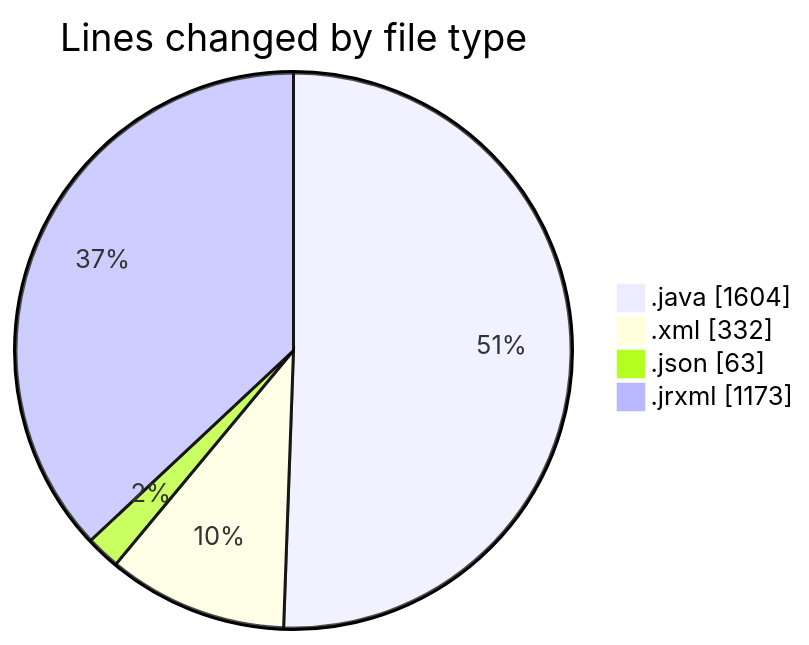
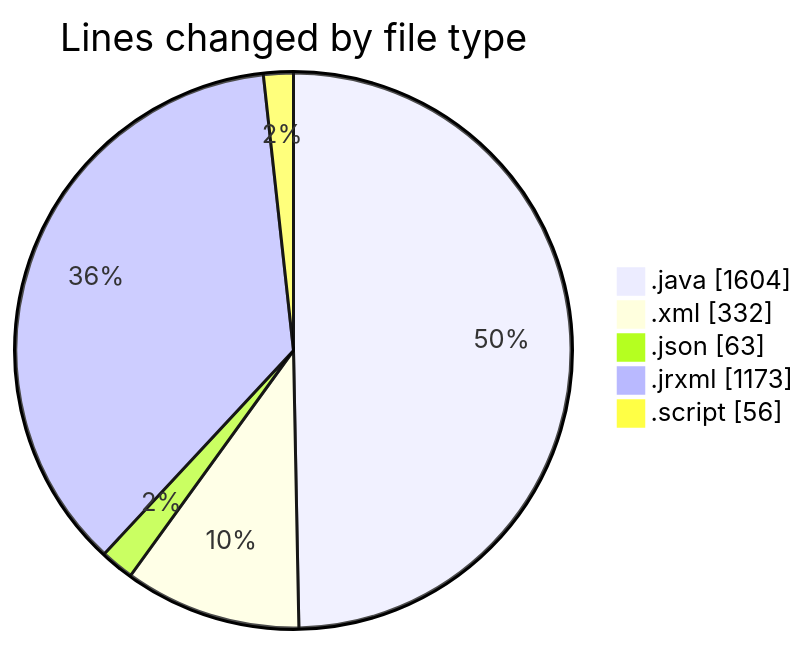
One commit to ricardozamudiocil/code-tracking changed the first of 2 diagrams in 2026-07-07/cilreports__workspace_/README.md. Above: the diagram before and after it, drawn with Mermaid. The commit also changed other lines of this file and 1 other file, not shown here.

````diff
--- a/2026-07-07/cilreports__workspace_/README.md
+++ b/2026-07-07/cilreports__workspace_/README.md
@@ -29,8 +30,9 @@
 ```mermaid
 pie showData
 title Lines changed by file type
 ".java" : 1604
 ".xml" : 332
 ".json" : 63
 ".jrxml" : 1173
+".script" : 56
 ```
````
